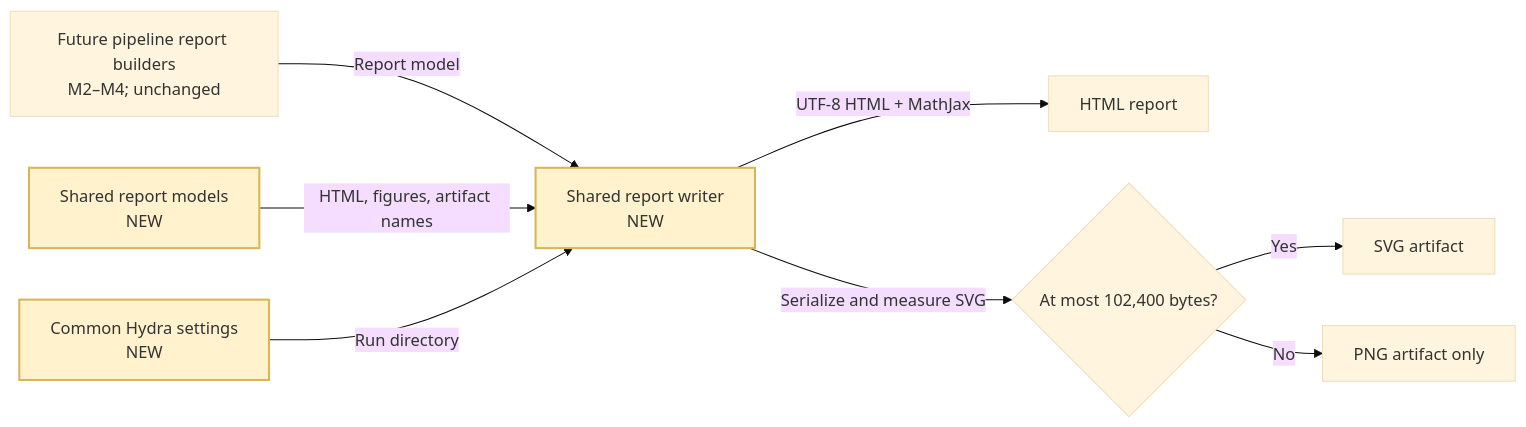
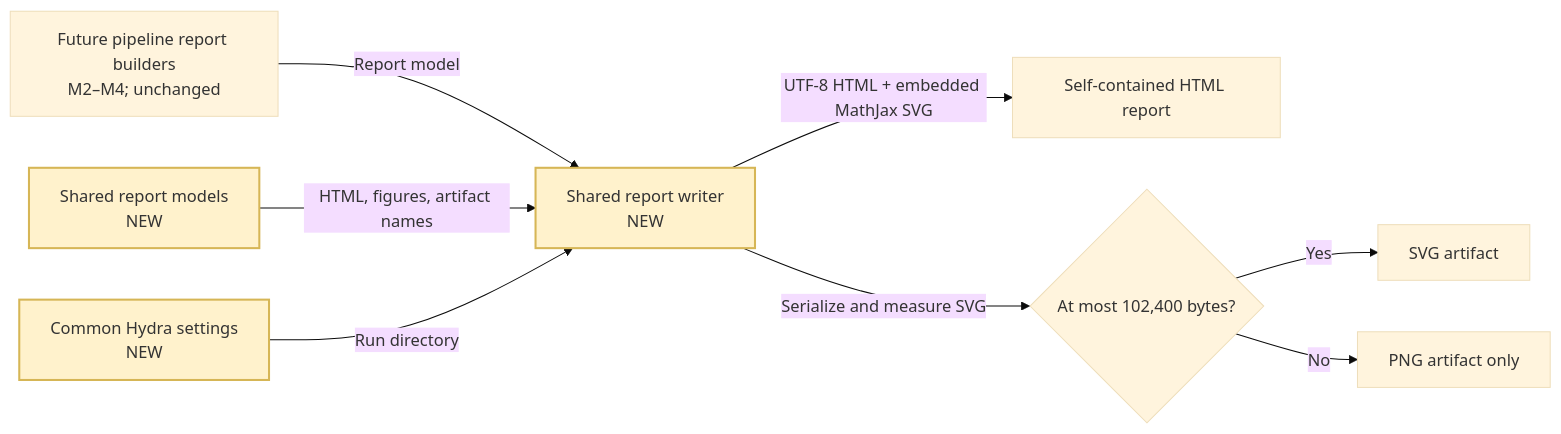
Before and after one commit to anton-pershin/spbu-neural-networks-teacher: the first of 2 diagrams in .internal/specs/04-m1-hydra-reporting-foundation-general-spec.md, drawn with Mermaid (base theme). The commit also changed other lines of this file and 9 other files, not shown here.

Commit message:
Add CI artifacts and self-contained MathJax

````diff
--- a/.internal/specs/04-m1-hydra-reporting-foundation-general-spec.md
+++ b/.internal/specs/04-m1-hydra-reporting-foundation-general-spec.md
@@ -65,12 +67,12 @@
 ```mermaid
 flowchart LR
   B["Future pipeline report builders<br/>M2–M4; unchanged"] -- "Report model" --> W["Shared report writer<br/>NEW"]
   M["Shared report models<br/>NEW"] -- "HTML, figures, artifact names" --> W
   H["Common Hydra settings<br/>NEW"] -- "Run directory" --> W
-  W -- "UTF-8 HTML + MathJax" --> R["HTML report"]
+  W -- "UTF-8 HTML + embedded MathJax SVG" --> R["Self-contained HTML report"]
   W -- "Serialize and measure SVG" --> D{"At most 102,400 bytes?"}
   D -- "Yes" --> S["SVG artifact"]
   D -- "No" --> P["PNG artifact only"]
   classDef new fill:#fff2cc,stroke:#d6b656,stroke-width:2px;
   class W,M,H new;
 ```
````
